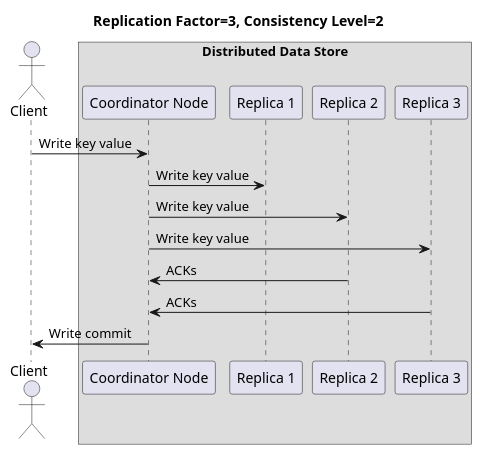
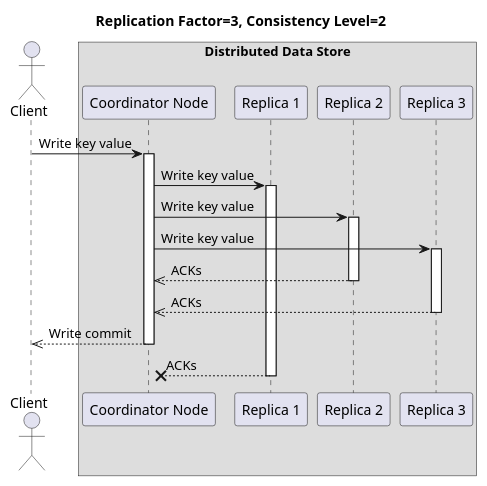
Before and after one commit to EliriaT/distributed-store: the diagram in diagrams/sequence1.puml, drawn with PlantUML. The commit also changed 17 other files, not shown here.

Commit message:
Update diagrams..

```diff
--- a/diagrams/sequence1.puml
+++ b/diagrams/sequence1.puml
@@ -1,21 +1,29 @@
 @startuml
 title Replication Factor=3, Consistency Level=2
 
 actor Client as C
 box "Distributed Data Store"
 participant "Coordinator Node" as CN
 participant "Replica 1" as N1
 participant "Replica 2" as N2
 participant "Replica 3" as N3
 end box
 
 C -> CN : Write key value
+activate CN
 CN -> N1 : Write key value
+activate N1
 CN -> N2 : Write key value
+activate N2
 CN -> N3 : Write key value
-N2 -> CN : ACKs
-N3 -> CN : ACKs
-CN -> C : Write commit
-
+activate N3
+N2 -->> CN : ACKs
+deactivate N2
+N3 -->> CN : ACKs
+deactivate N3
+CN -->> C : Write commit
+deactivate CN
+N1 -->>x CN : ACKs
+deactivate N1
 
 @enduml
```
